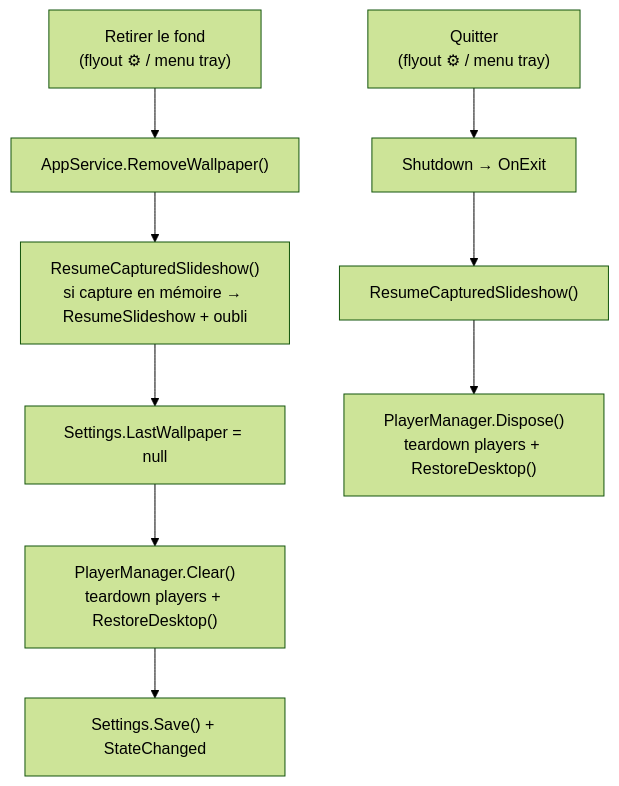
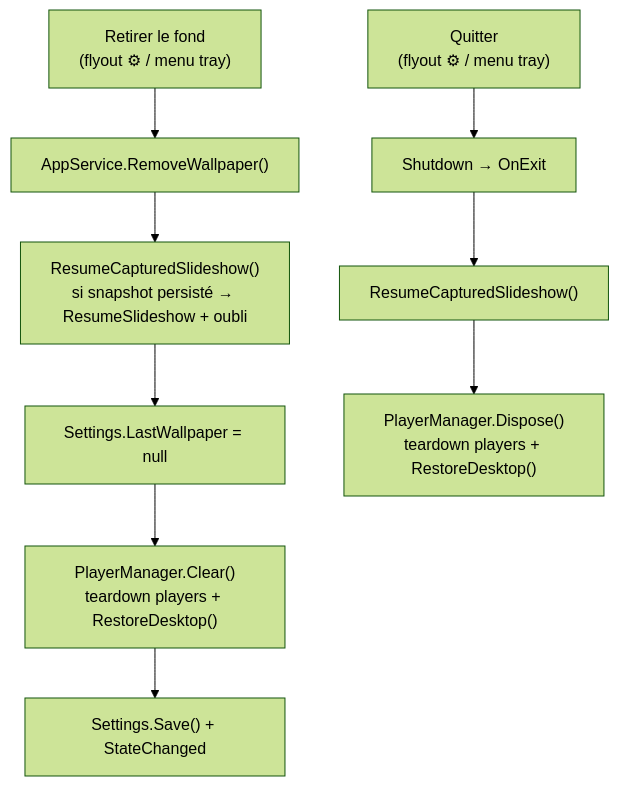
The fourth of 5 diagrams in docs/ARCHITECTURE-TECHNIQUE.md (KevinT78/wallflow), drawn with Mermaid (forest theme) before and after one commit. The commit also changed other lines of this file and 2 other files, not shown here.

````diff
--- a/docs/ARCHITECTURE-TECHNIQUE.md
+++ b/docs/ARCHITECTURE-TECHNIQUE.md
@@ -190,11 +220,11 @@
 ```mermaid
 flowchart TD
     A["Retirer le fond<br/>(flyout ⚙ / menu tray)"] --> B["AppService.RemoveWallpaper()"]
-    B --> R["ResumeCapturedSlideshow()<br/>si capture en mémoire → ResumeSlideshow + oubli"]
+    B --> R["ResumeCapturedSlideshow()<br/>si snapshot persisté → ResumeSlideshow + oubli"]
     R --> C["Settings.LastWallpaper = null"]
     C --> D["PlayerManager.Clear()<br/>teardown players + RestoreDesktop()"]
     D --> E["Settings.Save() + StateChanged"]
     F["Quitter<br/>(flyout ⚙ / menu tray)"] --> G["Shutdown → OnExit"]
     G --> R2["ResumeCapturedSlideshow()"]
     R2 --> H["PlayerManager.Dispose()<br/>teardown players + RestoreDesktop()"]
 ```
````
